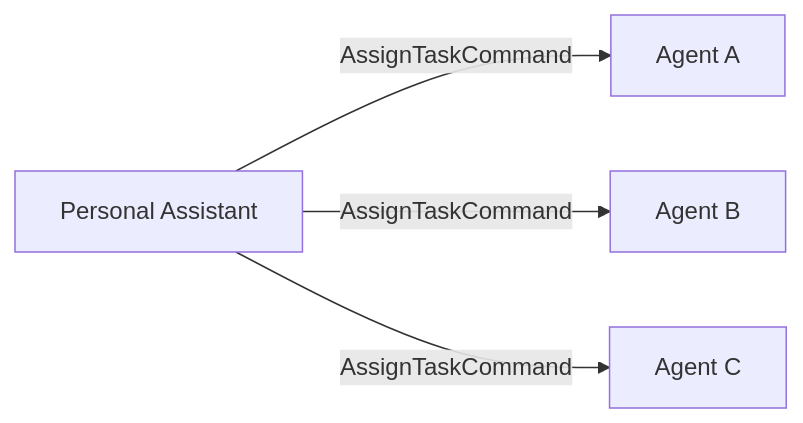
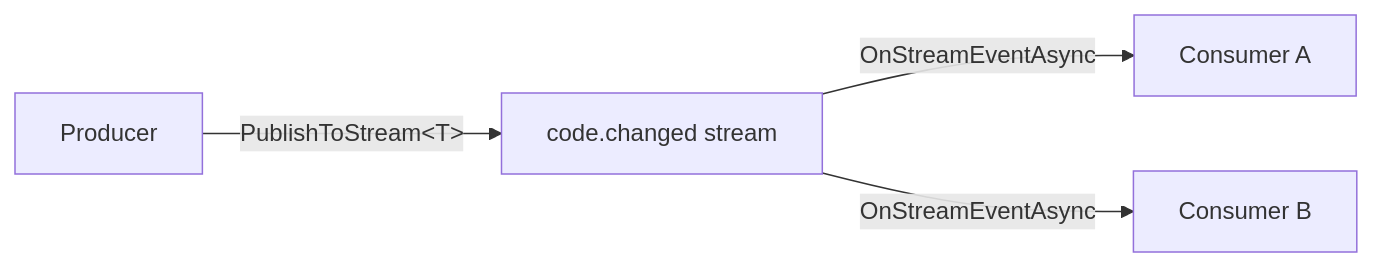
One commit to InteractiveAgents/IAW changed the second of 4 diagrams in website/guide/architecture.md. Above: the diagram before and after it, drawn with Mermaid. The commit also changed other lines of this file and 5 other files, not shown here.

````diff
--- a/website/guide/architecture.md
+++ b/website/guide/architecture.md
@@ -132,6 +68,6 @@
 ```mermaid
 graph LR
-    PA["Personal Assistant"] -->|AssignTaskCommand| A["Agent A"]
-    PA -->|AssignTaskCommand| B["Agent B"]
-    PA -->|AssignTaskCommand| C["Agent C"]
+    A["Producer"] -->|PublishToStream&lt;T&gt;| S["code.changed stream"]
+    S -->|OnStreamEventAsync| B["Consumer A"]
+    S -->|OnStreamEventAsync| C["Consumer B"]
 ```
````
